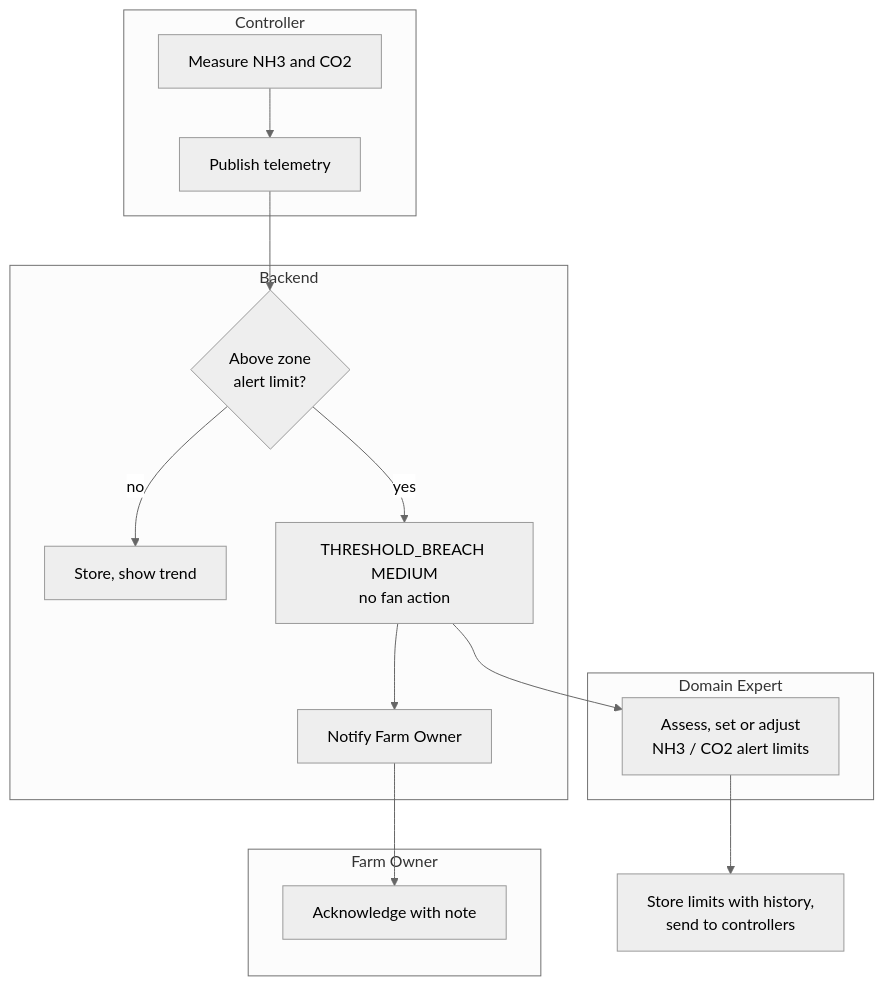
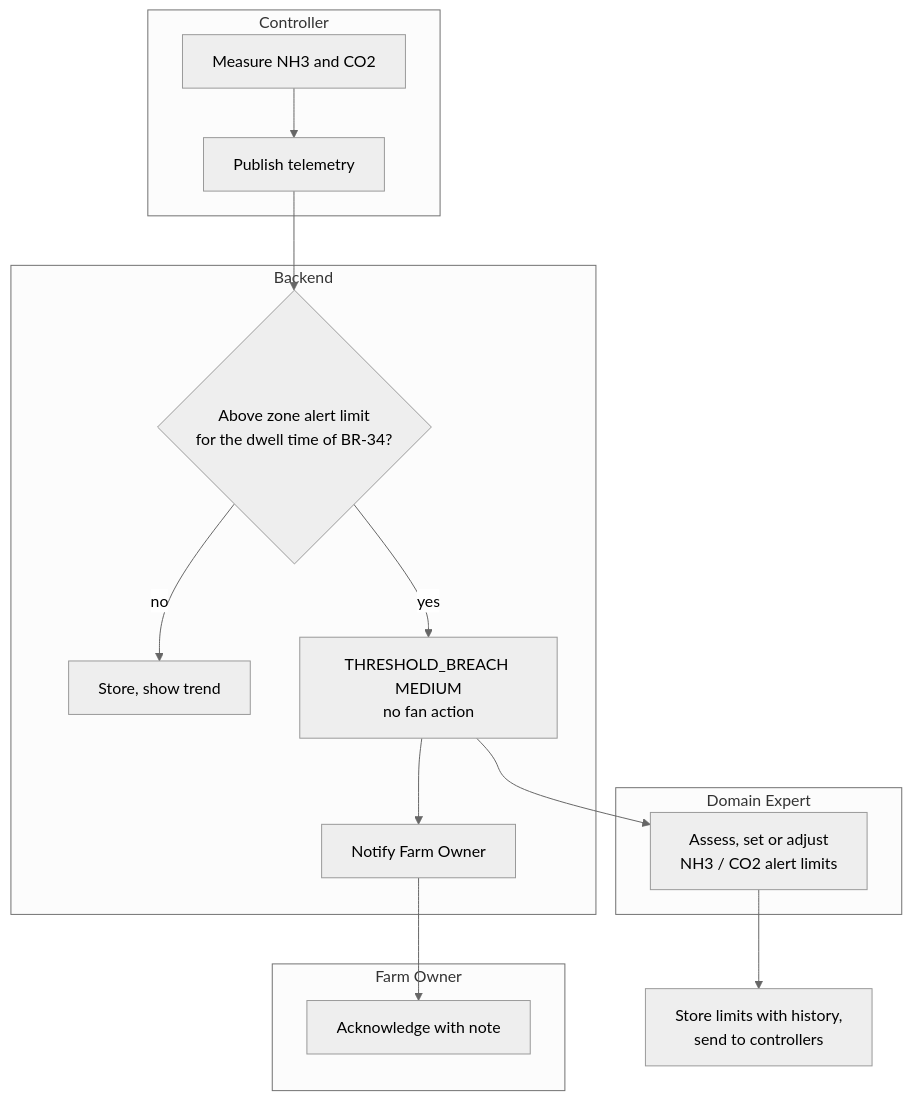
Diagram 22 of 35 in docs/reports/report4-sdd.md (NBao261/SwiftletCare_KLTN), drawn with Mermaid (neutral theme) before and after one commit. The commit also changed other lines of this file and 21 other files, not shown here.

````diff
--- a/docs/reports/report4-sdd.md
+++ b/docs/reports/report4-sdd.md
@@ -895,21 +1018,21 @@
 ```mermaid
 flowchart TB
   subgraph C[Controller]
     A1[Measure NH3 and CO2] --> A2[Publish telemetry]
   end
   subgraph B[Backend]
-    B1{Above zone<br/>alert limit?} -- no --> B2[Store, show trend]
+    B1{Above zone alert limit<br/>for the dwell time of BR-34?} -- no --> B2[Store, show trend]
     B1 -- yes --> B3[THRESHOLD_BREACH MEDIUM<br/>no fan action]
     B3 --> B4[Notify Farm Owner]
   end
   subgraph O[Farm Owner]
     O1[Acknowledge with note]
   end
   subgraph E[Domain Expert]
     E1[Assess, set or adjust<br/>NH3 / CO2 alert limits]
   end
   A2 --> B1
   B4 --> O1
   B3 --> E1
   E1 --> B5[Store limits with history,<br/>send to controllers]
 ```
````
